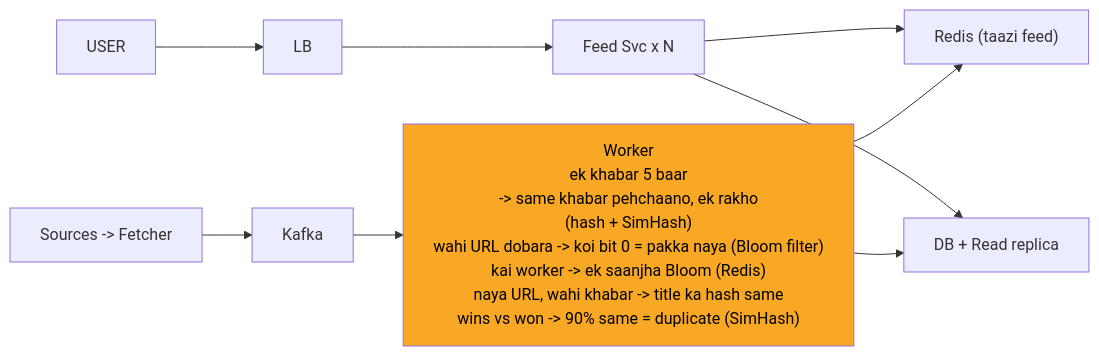
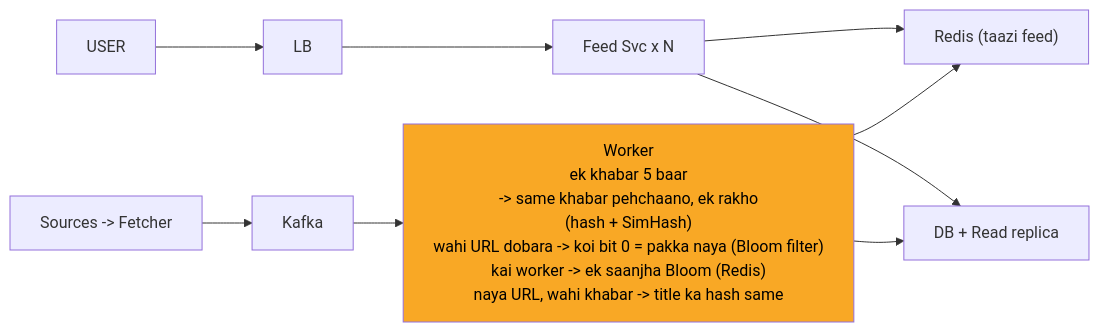
One commit to ArpanMaheshwari144/Prep changed the fifth of 11 diagrams in 04_HLD/SYSTEM_DESIGNS/08_news_aggregator/08_news_aggregator_INTERVIEW.md. Above: the diagram before and after it, drawn with Mermaid. The commit also changed other lines of this file and 13 other files, not shown here.

````diff
--- a/04_HLD/SYSTEM_DESIGNS/08_news_aggregator/08_news_aggregator_INTERVIEW.md
+++ b/04_HLD/SYSTEM_DESIGNS/08_news_aggregator/08_news_aggregator_INTERVIEW.md
@@ -194,21 +194,21 @@
 ```mermaid
 %%{init: {"flowchart": {"wrappingWidth": 450}}}%%
 flowchart LR
     n_USER["USER"]
     n_LB["LB"]
     n_Feed_Svc_xN["Feed Svc x N"]
     n_Redis["Redis (taazi feed)"]
     n_DBR["DB + Read replica"]
-    n_Worker["Worker<br/>ek khabar 5 baar<br/>-> same khabar pehchaano, ek rakho<br/>(hash + SimHash)<br/>wahi URL dobara -> koi bit 0 = pakka naya (Bloom filter)<br/>kai worker -> ek saanjha Bloom (Redis)<br/>naya URL, wahi khabar -> title ka hash same<br/>wins vs won -> 90% same = duplicate (SimHash)"]
+    n_Worker["Worker<br/>ek khabar 5 baar<br/>-> same khabar pehchaano, ek rakho<br/>(hash + SimHash)<br/>wahi URL dobara -> koi bit 0 = pakka naya (Bloom filter)<br/>kai worker -> ek saanjha Bloom (Redis)<br/>naya URL, wahi khabar -> title ka hash same"]
     n_Kafka["Kafka"]
     n_SF["Sources -> Fetcher"]
     n_USER --> n_LB
     n_LB --> n_Feed_Svc_xN
     n_Feed_Svc_xN --> n_Redis
     n_Feed_Svc_xN --> n_DBR
     n_Worker --> n_DBR
     n_Worker --> n_Redis
     n_Kafka --> n_Worker
     n_SF --> n_Kafka
     style n_Worker fill:#f9a825,color:#000
 ```
````
